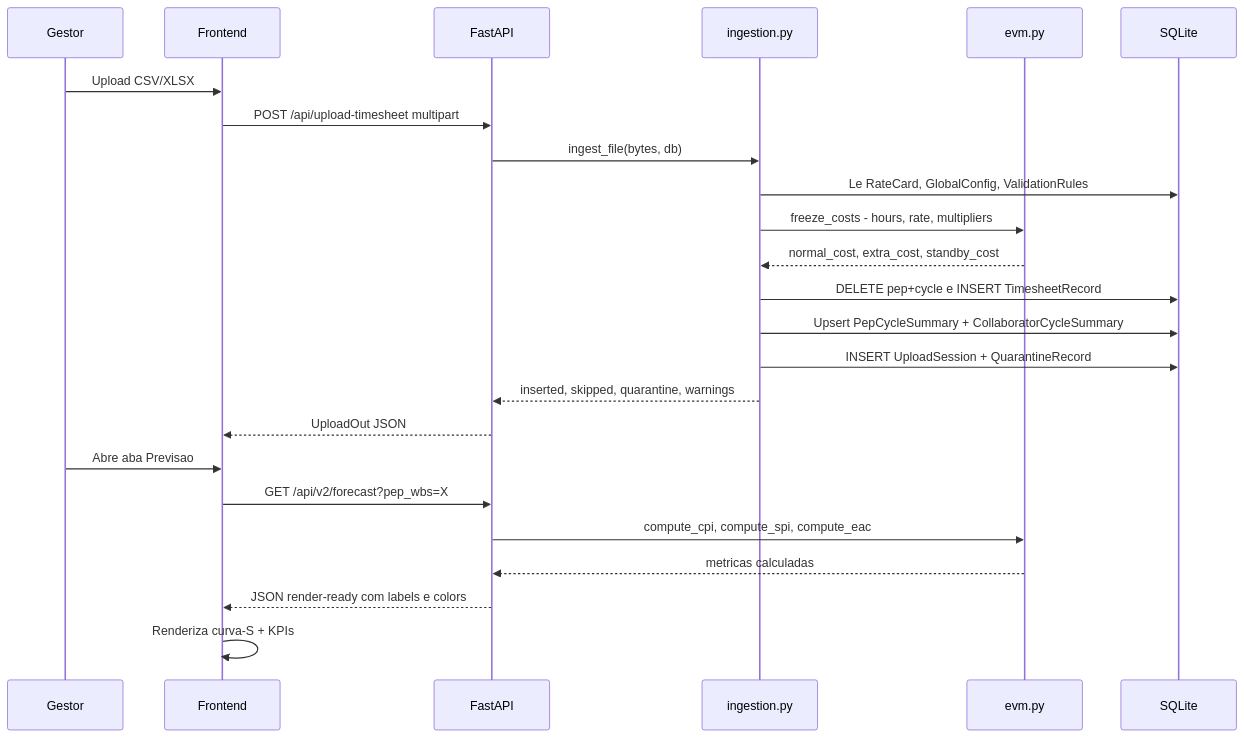
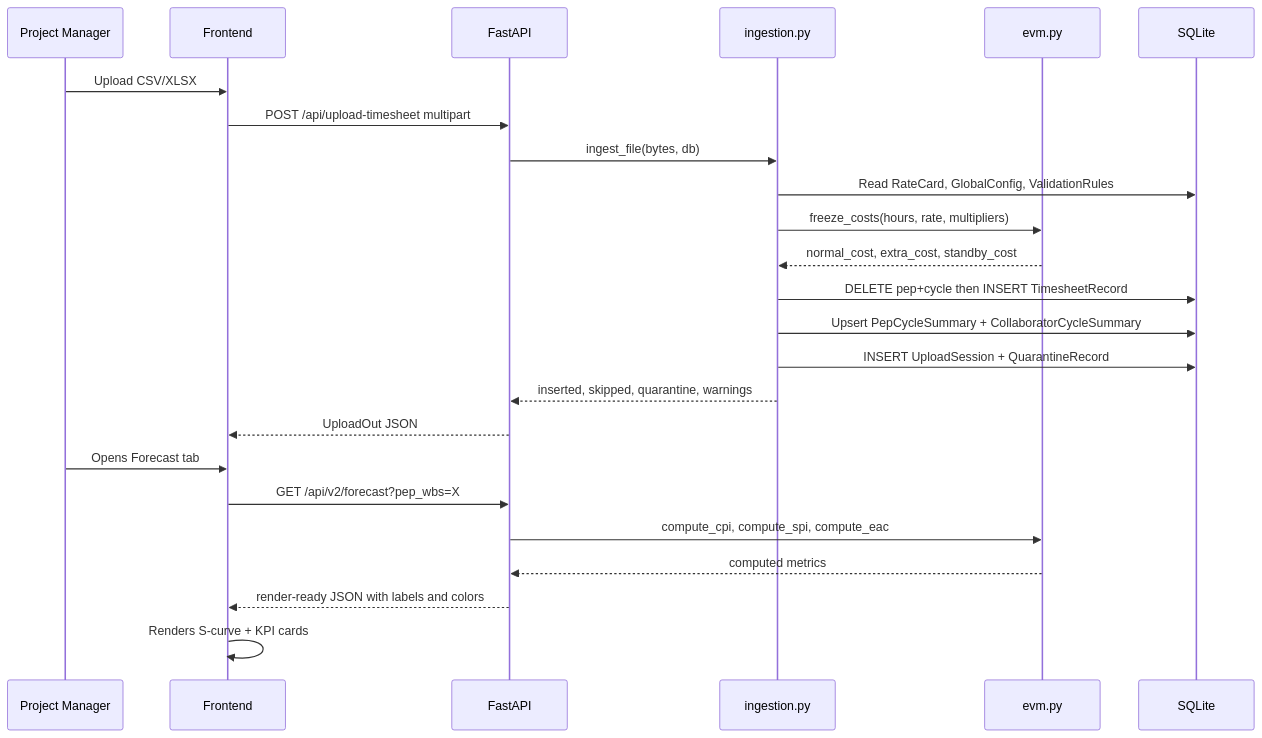
The second of 6 diagrams in README.md (RtaSistemas/PMAS), drawn with Mermaid before and after one commit. The commit also changed other lines of this file and 13 other files, not shown here.

````diff
--- a/README.md
+++ b/README.md
@@ -144,28 +263,28 @@
 ```mermaid
 sequenceDiagram
-    participant PM as Gestor
+    participant PM as Project Manager
     participant UI as Frontend
     participant API as FastAPI
     participant ING as ingestion.py
     participant EVM as evm.py
     participant DB as SQLite
 
     PM->>UI: Upload CSV/XLSX
     UI->>API: POST /api/upload-timesheet multipart
     API->>ING: ingest_file(bytes, db)
-    ING->>DB: Le RateCard, GlobalConfig, ValidationRules
-    ING->>EVM: freeze_costs - hours, rate, multipliers
+    ING->>DB: Read RateCard, GlobalConfig, ValidationRules
+    ING->>EVM: freeze_costs(hours, rate, multipliers)
     EVM-->>ING: normal_cost, extra_cost, standby_cost
-    ING->>DB: DELETE pep+cycle e INSERT TimesheetRecord
+    ING->>DB: DELETE pep+cycle then INSERT TimesheetRecord
     ING->>DB: Upsert PepCycleSummary + CollaboratorCycleSummary
     ING->>DB: INSERT UploadSession + QuarantineRecord
     ING-->>API: inserted, skipped, quarantine, warnings
     API-->>UI: UploadOut JSON
 
-    PM->>UI: Abre aba Previsao
+    PM->>UI: Opens Forecast tab
     UI->>API: GET /api/v2/forecast?pep_wbs=X
     API->>EVM: compute_cpi, compute_spi, compute_eac
-    EVM-->>API: metricas calculadas
-    API-->>UI: JSON render-ready com labels e colors
-    UI->>UI: Renderiza curva-S + KPIs
+    EVM-->>API: computed metrics
+    API-->>UI: render-ready JSON with labels and colors
+    UI->>UI: Renders S-curve + KPI cards
 ```
````
